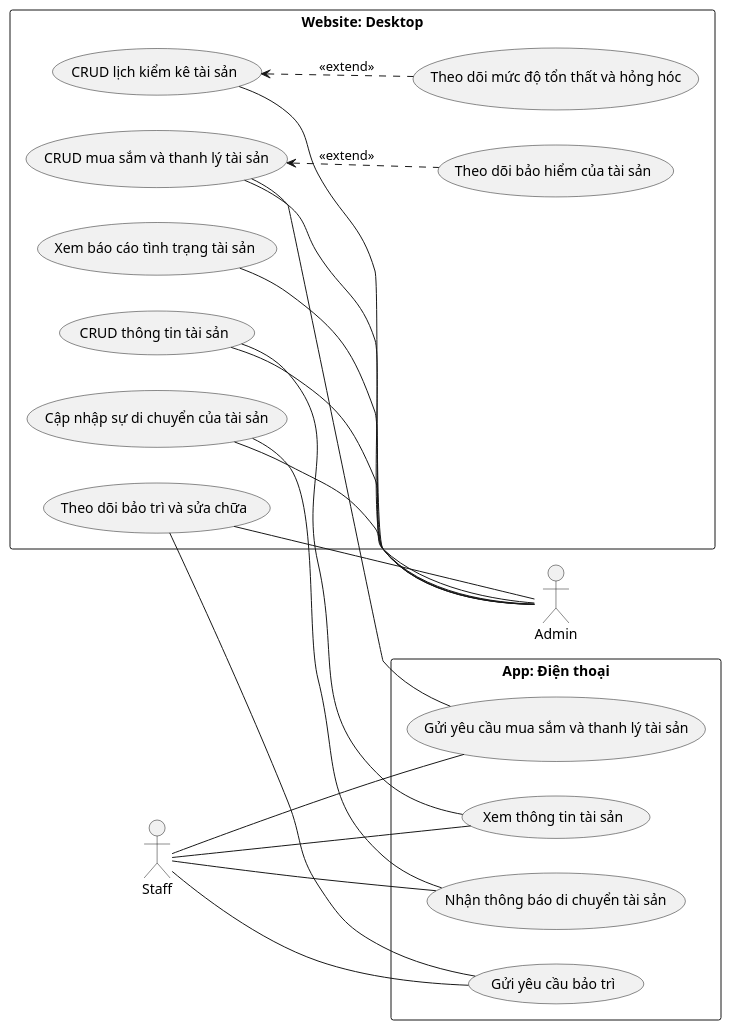
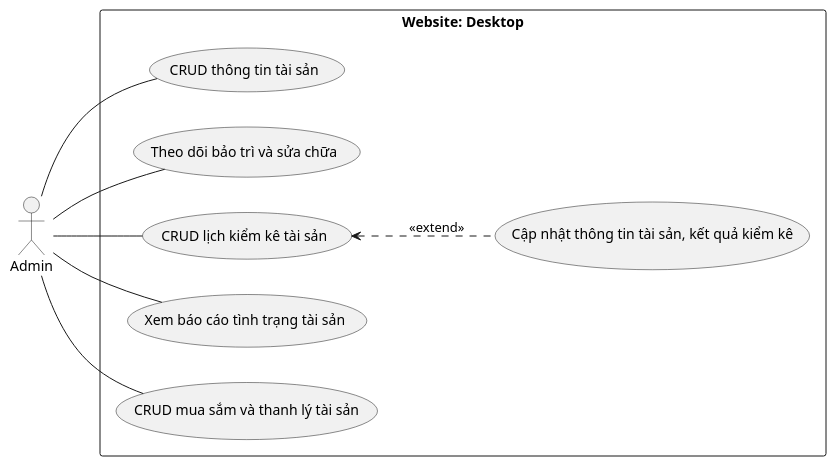
Before and after one commit to QuickyBooster/SE357-Pratice-class: the diagram in Lab1/Lab1.2/Usecase/Quản lý tài sản.plantuml, drawn with PlantUML. The commit also changed 2 other files, not shown here.

Commit message:
huu modify use case diagram

```diff
--- a/Lab1/Lab1.2/Usecase/Quản lý tài sản.plantuml
+++ b/Lab1/Lab1.2/Usecase/Quản lý tài sản.plantuml
@@ -1,44 +1,19 @@
 @startuml
 left to right direction
 
 actor Admin as C
-actor Staff as S
 rectangle "Website: Desktop" {
   usecase (CRUD thông tin tài sản) as UC1
-  usecase (Cập nhập sự di chuyển của tài sản) as UC2
   usecase (Theo dõi bảo trì và sửa chữa) as UC3
   usecase (CRUD lịch kiểm kê tài sản) as UC4
-  (UC4)<..(Theo dõi mức độ tổn thất và hỏng hóc):<<extend>>
-usecase (Xem báo cáo tình trạng tài sản) as UC5
-    usecase (CRUD mua sắm và thanh lý tài sản) as UC6
-    (UC6)<..(Theo dõi bảo hiểm của tài sản):<<extend>>
+  (UC4)<..(Cập nhật thông tin tài sản, kết quả kiểm kê):<<extend>>
+  usecase (Xem báo cáo tình trạng tài sản) as UC5
+  usecase (CRUD mua sắm và thanh lý tài sản) as UC6
 
 }
-
-rectangle "App: Điện thoại" {
-  usecase "Xem thông tin tài sản" as UC7
-  usecase "Nhận thông báo di chuyển tài sản" as UC8
-  usecase "Gửi yêu cầu bảo trì" as UC9
-  usecase "Gửi yêu cầu mua sắm và thanh lý tài sản" as UC10
-  
-}
-
-UC1 -- C
-UC2 -- C
-UC3 -- C
-UC4 -- C
-UC5 -- C
-UC6 -- C
-S -- UC7
-S -- UC8
-S -- UC9 
-S -- UC10 
-UC1 -- UC7
-UC2 -- UC8
-UC3 -- UC9
-UC6 -- UC10
-
-
-
-
+C --UC1
+C--UC3
+C--UC4
+C--UC5
+C--UC6
 @enduml
```
